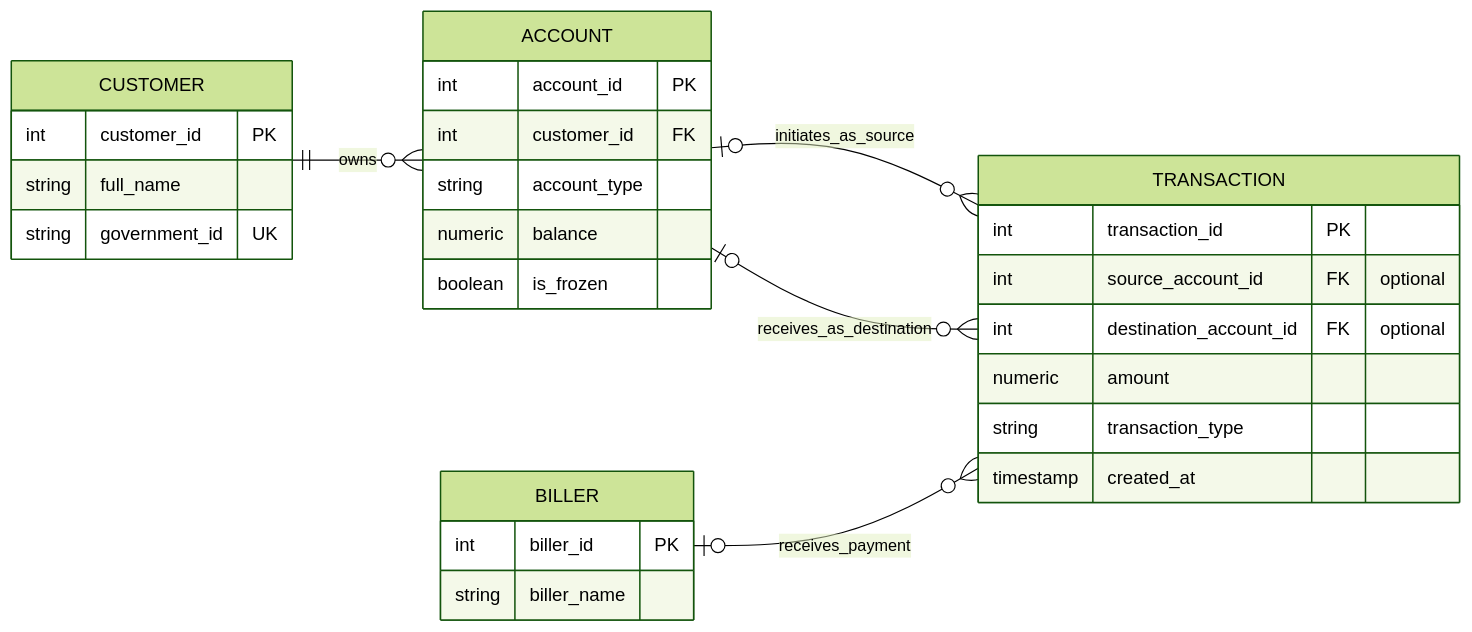
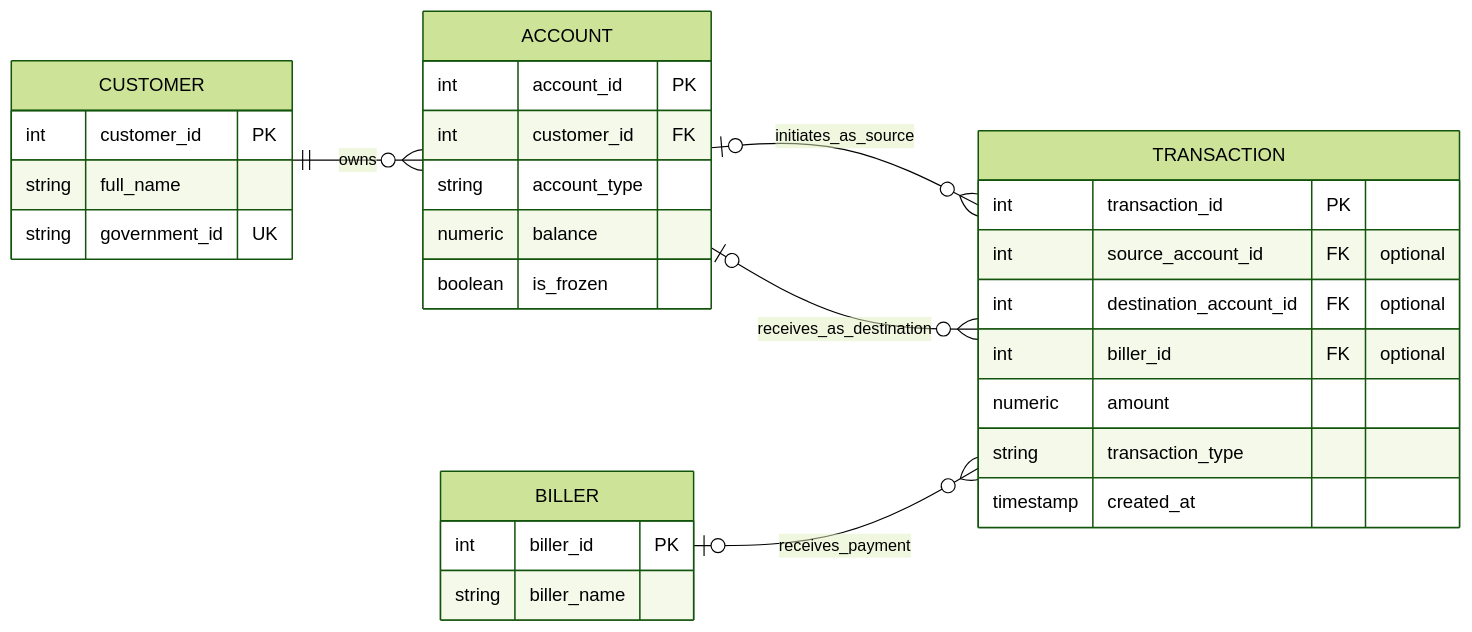
The diagram in portfolio-1-database-design/Oluwatosin_Ijimakinwa_301915009_P1_ERDiagram.md (Bobby-Josh/Oluwatosin_301915009), drawn with Mermaid (forest theme) before and after one commit. The commit also changed other lines of this file, not shown here.

Commit message:
Add ER diagram

````diff
--- a/portfolio-1-database-design/Oluwatosin_Ijimakinwa_301915009_P1_ERDiagram.md
+++ b/portfolio-1-database-design/Oluwatosin_Ijimakinwa_301915009_P1_ERDiagram.md
@@ -3,37 +3,38 @@
 ```mermaid
 erDiagram
     direction LR
 
     CUSTOMER {
         int customer_id PK
         string full_name
         string government_id UK
     }
 
     ACCOUNT {
         int account_id PK
         int customer_id FK
         string account_type
         numeric balance
         boolean is_frozen
     }
 
     TRANSACTION {
         int transaction_id PK
         int source_account_id FK "optional"
         int destination_account_id FK "optional"
+        int biller_id FK "optional"
         numeric amount
         string transaction_type
         timestamp created_at
     }
 
     BILLER {
         int biller_id PK
         string biller_name
     }
 
     CUSTOMER ||--o{ ACCOUNT : "owns"
     ACCOUNT |o--o{ TRANSACTION : "initiates_as_source"
     ACCOUNT |o--o{ TRANSACTION : "receives_as_destination"
     BILLER |o--o{ TRANSACTION : "receives_payment"
 ```
````
